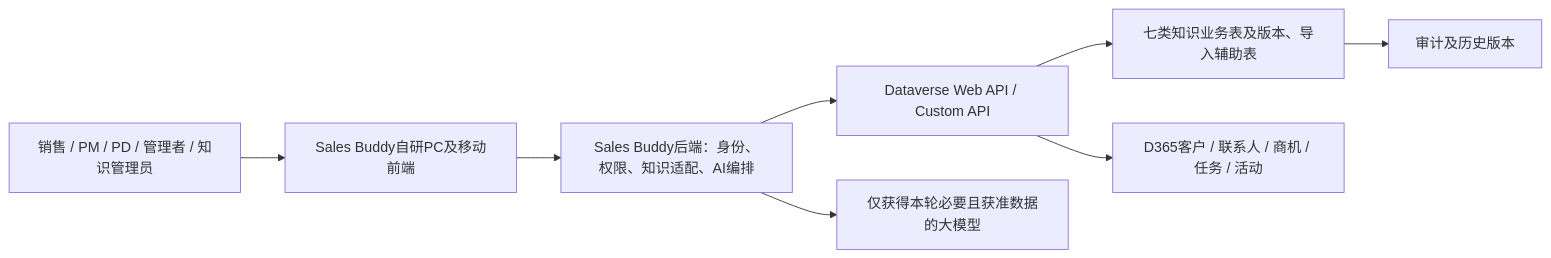
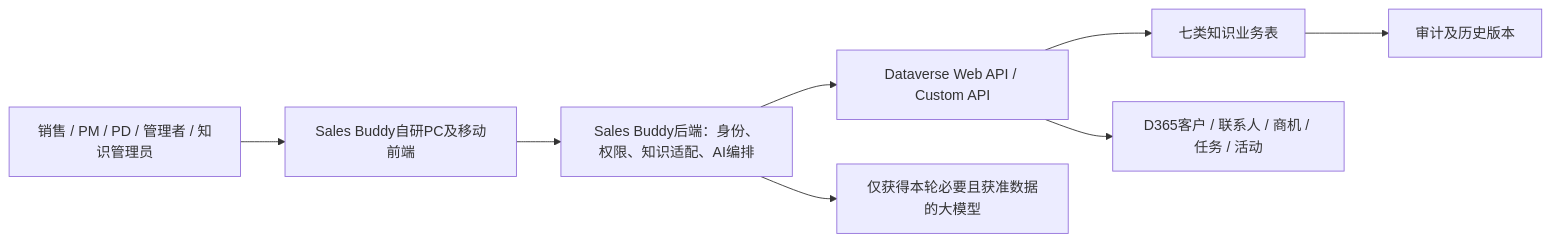
The diagram in docs/详设方案/赢单领航员知识库-D365实体数据落地与业务准备清单.md (YunhaoPeter/Sales-Buddy), drawn with Mermaid before and after one commit. The commit also changed other lines of this file, not shown here.

````diff
--- a/docs/详设方案/赢单领航员知识库-D365实体数据落地与业务准备清单.md
+++ b/docs/详设方案/赢单领航员知识库-D365实体数据落地与业务准备清单.md
@@ -239,10 +275,10 @@
 ```mermaid
 flowchart LR
     User[销售 / PM / PD / 管理者 / 知识管理员] --> UI[Sales Buddy自研PC及移动前端]
     UI --> API[Sales Buddy后端：身份、权限、知识适配、AI编排]
     API --> DV[Dataverse Web API / Custom API]
-    DV --> KB[七类知识业务表及版本、导入辅助表]
+    DV --> KB[七类知识业务表]
     DV --> CRM[D365客户 / 联系人 / 商机 / 任务 / 活动]
     API --> AI[仅获得本轮必要且获准数据的大模型]
     KB --> Audit[审计及历史版本]
 ```
````
